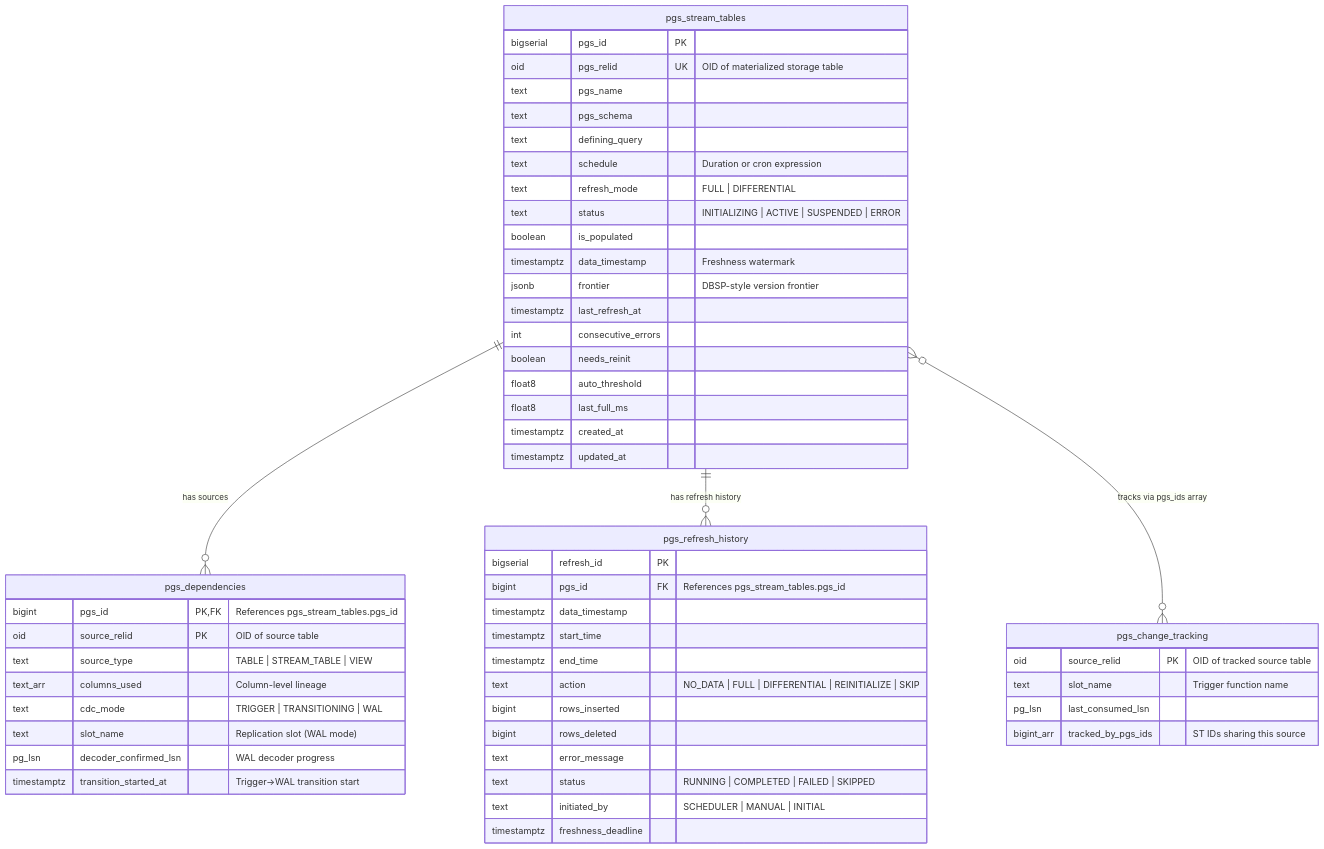
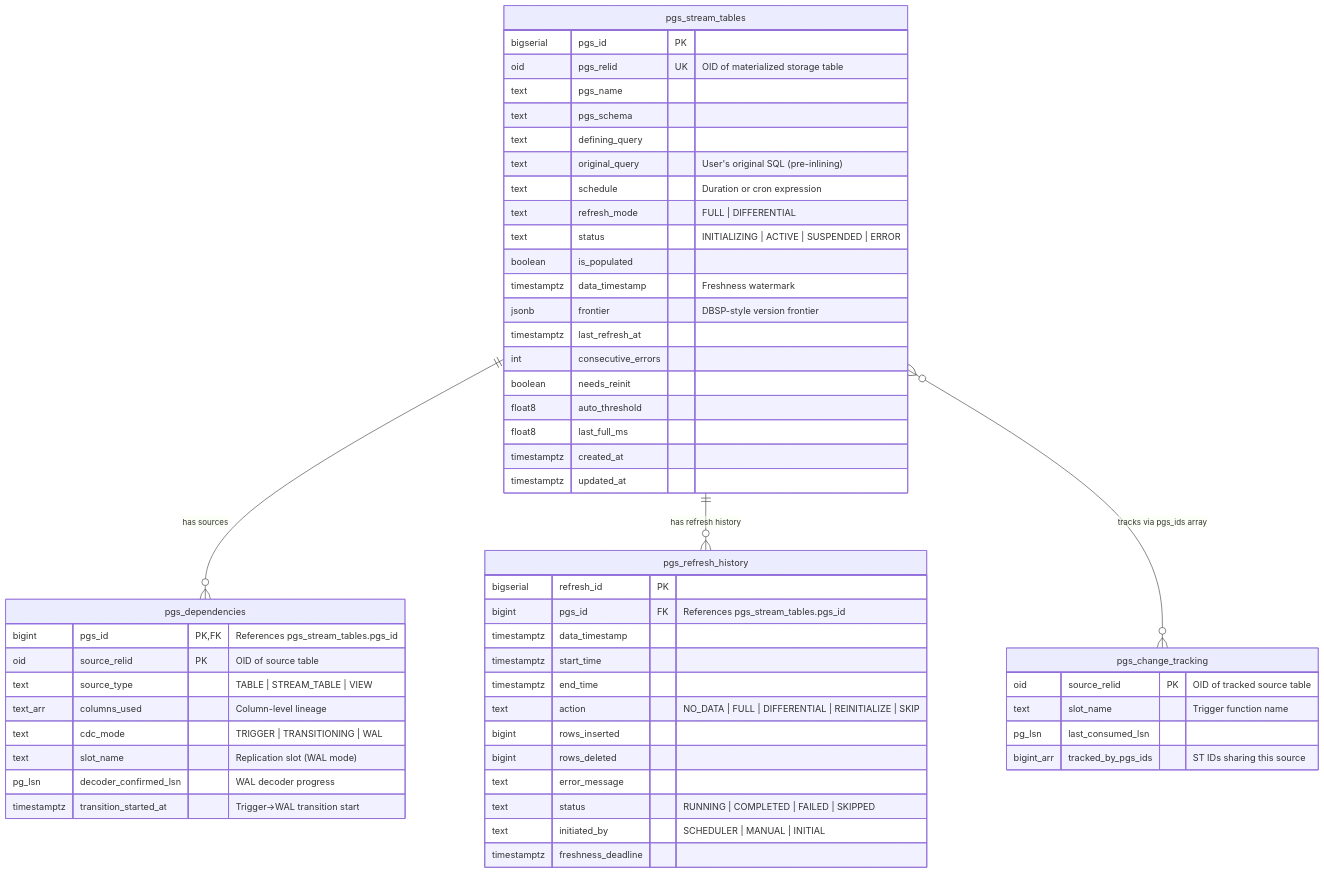
One commit to grove/pg-stream changed the diagram in docs/ARCHITECTURE.md. Above: the diagram before and after it, drawn with Mermaid. The commit also changed other lines of this file and 6 other files, not shown here.

````diff
--- a/docs/ARCHITECTURE.md
+++ b/docs/ARCHITECTURE.md
@@ -82,60 +82,61 @@
 ```mermaid
 erDiagram
     pgs_stream_tables {
         bigserial pgs_id PK
         oid pgs_relid UK "OID of materialized storage table"
         text pgs_name
         text pgs_schema
         text defining_query
+        text original_query "User's original SQL (pre-inlining)"
         text schedule "Duration or cron expression"
         text refresh_mode "FULL | DIFFERENTIAL"
         text status "INITIALIZING | ACTIVE | SUSPENDED | ERROR"
         boolean is_populated
         timestamptz data_timestamp "Freshness watermark"
         jsonb frontier "DBSP-style version frontier"
         timestamptz last_refresh_at
         int consecutive_errors
         boolean needs_reinit
         float8 auto_threshold
         float8 last_full_ms
         timestamptz created_at
         timestamptz updated_at
     }
 
     pgs_dependencies {
         bigint pgs_id PK,FK "References pgs_stream_tables.pgs_id"
         oid source_relid PK "OID of source table"
         text source_type "TABLE | STREAM_TABLE | VIEW"
         text_arr columns_used "Column-level lineage"
         text cdc_mode "TRIGGER | TRANSITIONING | WAL"
         text slot_name "Replication slot (WAL mode)"
         pg_lsn decoder_confirmed_lsn "WAL decoder progress"
         timestamptz transition_started_at "Trigger→WAL transition start"
     }
 
     pgs_refresh_history {
         bigserial refresh_id PK
         bigint pgs_id FK "References pgs_stream_tables.pgs_id"
         timestamptz data_timestamp
         timestamptz start_time
         timestamptz end_time
         text action "NO_DATA | FULL | DIFFERENTIAL | REINITIALIZE | SKIP"
         bigint rows_inserted
         bigint rows_deleted
         text error_message
         text status "RUNNING | COMPLETED | FAILED | SKIPPED"
         text initiated_by "SCHEDULER | MANUAL | INITIAL"
         timestamptz freshness_deadline
     }
 
     pgs_change_tracking {
         oid source_relid PK "OID of tracked source table"
         text slot_name "Trigger function name"
         pg_lsn last_consumed_lsn
         bigint_arr tracked_by_pgs_ids "ST IDs sharing this source"
     }
 
     pgs_stream_tables ||--o{ pgs_dependencies : "has sources"
     pgs_stream_tables ||--o{ pgs_refresh_history : "has refresh history"
     pgs_stream_tables }o--o{ pgs_change_tracking : "tracks via pgs_ids array"
 ```
````
